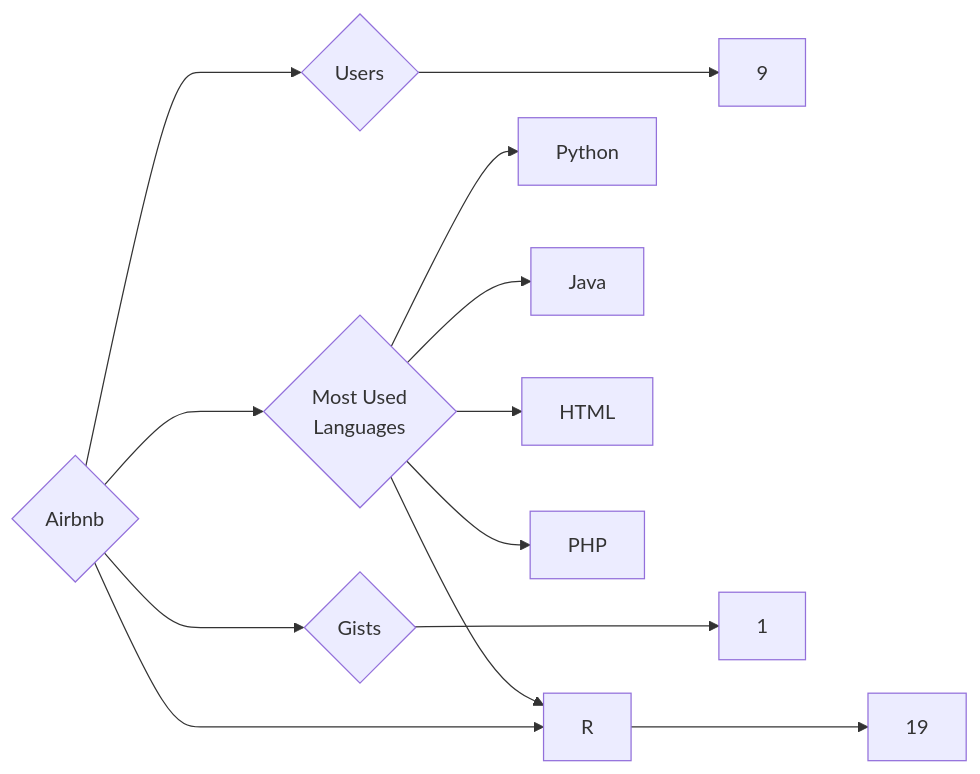
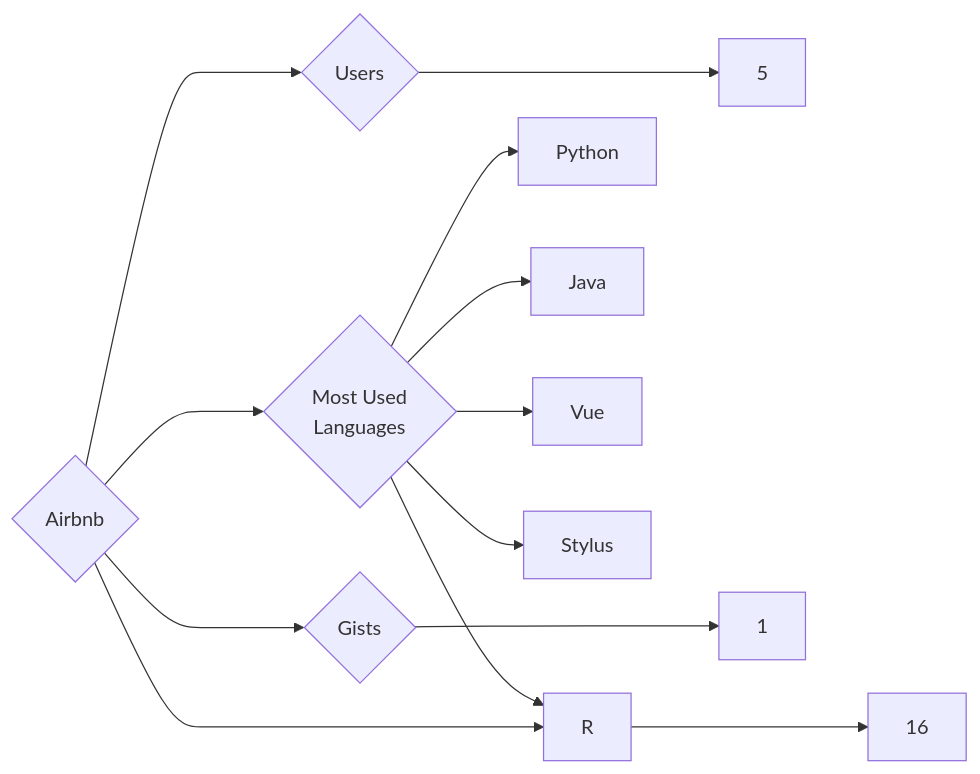
The diagram in targets/Airbnb/README.md (trickest/insiders), drawn with Mermaid before and after one commit. The commit also changed 993 other files, not shown here.

````diff
--- a/targets/Airbnb/README.md
+++ b/targets/Airbnb/README.md
@@ -3,13 +3,13 @@
 ```mermaid
 graph LR
 COMPANY_NAME{Airbnb}
-COMPANY_NAME ---> U{Users} ---> UN[9]
-COMPANY_NAME ---> R{Repositories} ---> RN[19]
+COMPANY_NAME ---> U{Users} ---> UN[5]
+COMPANY_NAME ---> R{Repositories} ---> RN[16]
 COMPANY_NAME ---> G{Gists} ---> GN[1]
 COMPANY_NAME ---> ML{Most Used<br>Languages}
 ML --> Python[Python]
 ML --> Java[Java]
-ML --> HTML[HTML]
 ML --> R[R]
-ML --> PHP[PHP]
+ML --> Vue[Vue]
+ML --> Stylus[Stylus]
 ```
````
